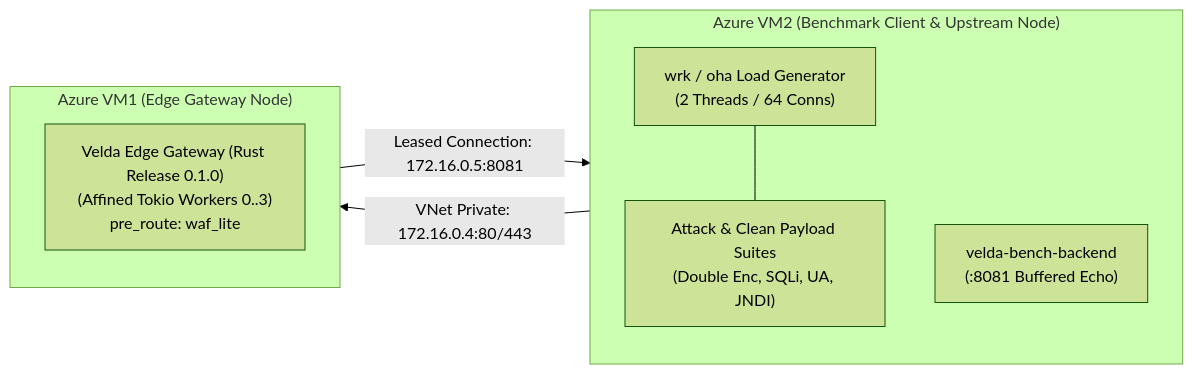
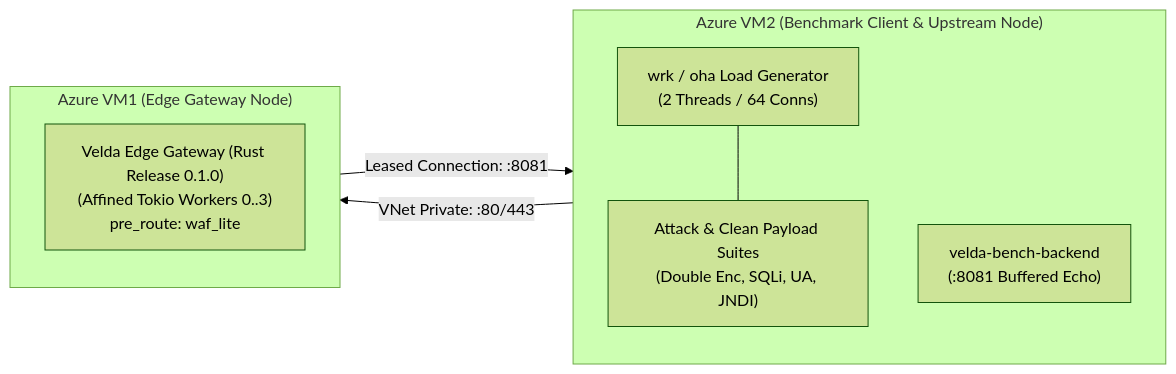
The diagram in crates/velda-plugin/src/pre_route/waf_lite/BENCHMARK.md (phucle996/velda-edge), drawn with Mermaid (forest theme) before and after one commit. The commit also changed other lines of this file and 14 other files, not shown here.

````diff
--- a/crates/velda-plugin/src/pre_route/waf_lite/BENCHMARK.md
+++ b/crates/velda-plugin/src/pre_route/waf_lite/BENCHMARK.md
@@ -97,18 +97,18 @@
 ```mermaid
 flowchart LR
     subgraph ClientHost["Azure VM2 (Benchmark Client & Upstream Node)"]
         direction TB
         wrk["wrk / oha Load Generator\n(2 Threads / 64 Conns)"]
         lua["Attack & Clean Payload Suites\n(Double Enc, SQLi, UA, JNDI)"]
         backend["velda-bench-backend\n(:8081 Buffered Echo)"]
         wrk --- lua
     end
 
     subgraph GatewayHost["Azure VM1 (Edge Gateway Node)"]
         direction TB
         edge["Velda Edge Gateway (Rust Release 0.1.0)\n(Affined Tokio Workers 0..3)\npre_route: waf_lite"]
     end
 
-    wrk -->|"VNet Private: 172.16.0.4:80/443"| edge
-    edge -->|"Leased Connection: 172.16.0.5:8081"| backend
+    wrk -->|"VNet Private: <GATEWAY_HOST>:80/443"| edge
+    edge -->|"Leased Connection: <BACKEND_HOST>:8081"| backend
 ```
````
